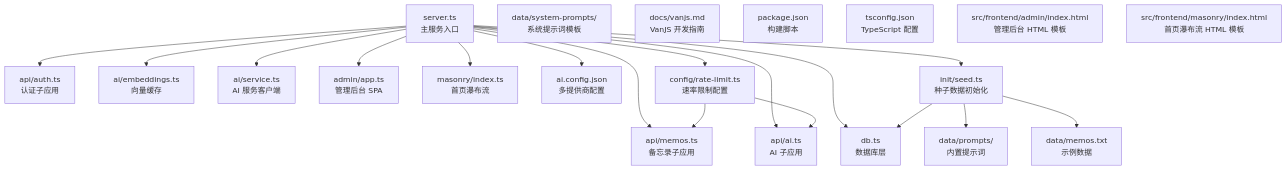
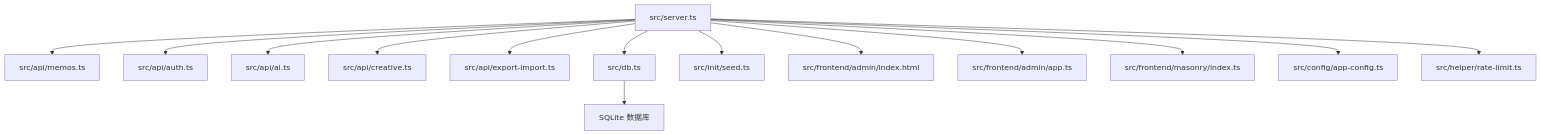
One commit to BlackBoxRecorder/memos changed the first of 7 diagrams in .qoder/repowiki/zh/content/开发指南/开发指南.md. Above: the diagram before and after it, drawn with Mermaid. The commit also changed other lines of this file and 83 other files, not shown here.

````diff
--- a/.qoder/repowiki/zh/content/开发指南/开发指南.md
+++ b/.qoder/repowiki/zh/content/开发指南/开发指南.md
@@ -50,27 +51,16 @@
 ```mermaid
 graph TB
-A["server.ts<br/>主服务入口"] --> B["api/auth.ts<br/>认证子应用"]
-A --> C["api/memos.ts<br/>备忘录子应用"]
-A --> D["api/ai.ts<br/>AI 子应用"]
-A --> E["db.ts<br/>数据库层"]
-A --> F["ai/embeddings.ts<br/>向量缓存"]
-A --> G["ai/service.ts<br/>AI 服务客户端"]
-A --> H["admin/app.ts<br/>管理后台 SPA"]
-A --> I["masonry/index.ts<br/>首页瀑布流"]
-A --> J["ai.config.json<br/>多提供商配置"]
-A --> K["config/rate-limit.ts<br/>速率限制配置"]
-A --> L["init/seed.ts<br/>种子数据初始化"]
-M["data/memos.txt<br/>示例数据"]
-N["data/prompts/<br/>内置提示词"]
-O["data/system-prompts/<br/>系统提示词模板"]
-P["docs/vanjs.md<br/>VanJS 开发指南"]
-Q["package.json<br/>构建脚本"]
-R["tsconfig.json<br/>TypeScript 配置"]
-S["src/frontend/admin/index.html<br/>管理后台 HTML 模板"]
-T["src/frontend/masonry/index.html<br/>首页瀑布流 HTML 模板"]
-K --> C
-K --> D
-L --> E
-L --> N
-L --> M
+A["src/server.ts"] --> B["src/api/memos.ts"]
+A --> C["src/api/auth.ts"]
+A --> D["src/api/ai.ts"]
+A --> E["src/api/creative.ts"]
+A --> F["src/api/export-import.ts"]
+A --> G["src/db.ts"]
+A --> H["src/init/seed.ts"]
+A --> I["src/frontend/admin/index.html"]
+A --> J["src/frontend/admin/app.ts"]
+A --> K["src/frontend/masonry/index.ts"]
+A --> L["src/config/app-config.ts"]
+A --> M["src/helper/rate-limit.ts"]
+G --> N["SQLite 数据库"]
 ```
````
